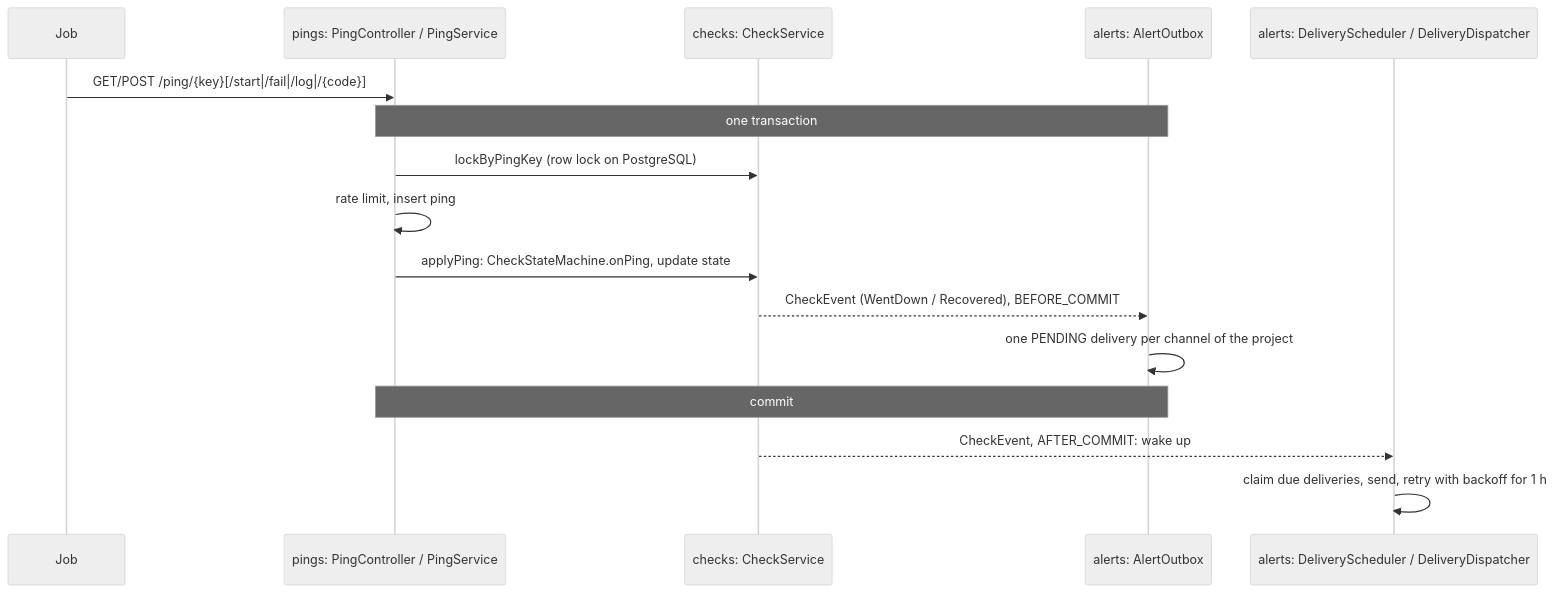
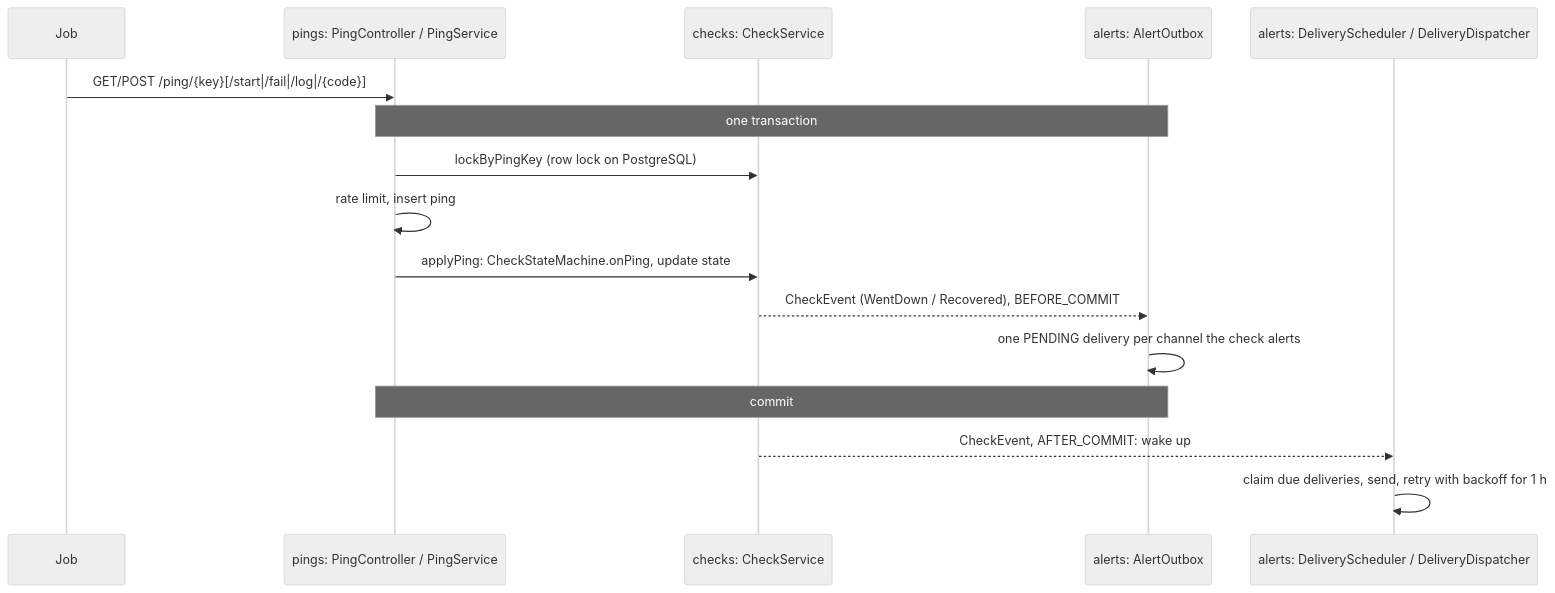
One commit to steelreed/cronbell changed the second of 2 diagrams in ARCHITECTURE.md. Above: the diagram before and after it, drawn with Mermaid (neutral theme). The commit also changed other lines of this file and 17 other files, not shown here.

First line of the commit message:
feat(server): per-check alert channels

````diff
--- a/ARCHITECTURE.md
+++ b/ARCHITECTURE.md
@@ -101,18 +105,18 @@
 ```mermaid
 sequenceDiagram
     participant Job
     participant Pings as pings: PingController / PingService
     participant Checks as checks: CheckService
     participant Alerts as alerts: AlertOutbox
     participant Dispatcher as alerts: DeliveryScheduler / DeliveryDispatcher
     Job->>Pings: GET/POST /ping/{key}[/start|/fail|/log|/{code}]
     Note over Pings,Alerts: one transaction
     Pings->>Checks: lockByPingKey (row lock on PostgreSQL)
     Pings->>Pings: rate limit, insert ping
     Pings->>Checks: applyPing: CheckStateMachine.onPing, update state
     Checks-->>Alerts: CheckEvent (WentDown / Recovered), BEFORE_COMMIT
-    Alerts->>Alerts: one PENDING delivery per channel of the project
+    Alerts->>Alerts: one PENDING delivery per channel the check alerts
     Note over Pings,Alerts: commit
     Checks-->>Dispatcher: CheckEvent, AFTER_COMMIT: wake up
     Dispatcher->>Dispatcher: claim due deliveries, send, retry with backoff for 1 h
 ```
````
